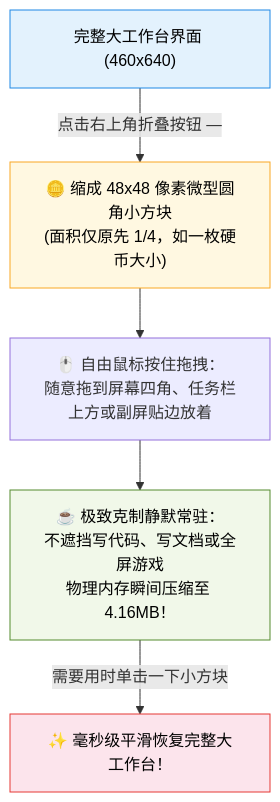
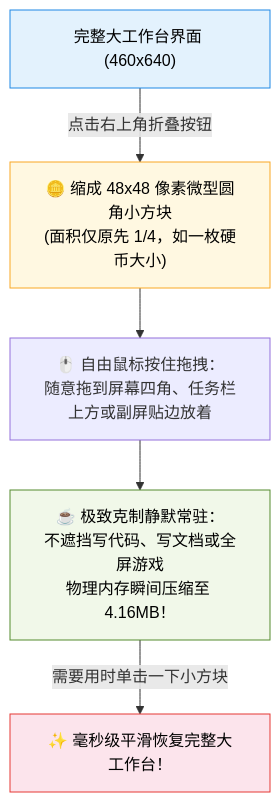
The seventh of 7 diagrams in README.md (CatBoss-Paw/EasyClipboard), drawn with Mermaid before and after one commit. The commit also changed other lines of this file, not shown here.

Commit message:
fix(docs): 彻底修复所有Mermaid连线标签括号、破折号及多节点聚合语法，确保GitHub 100%正常渲染

````diff
--- a/README.md
+++ b/README.md
@@ -272,14 +279,14 @@
 ```mermaid
 graph TD
-    FULL_WIN["完整大工作台界面 (460x640)"] -->|点击右上角折叠按钮 —| COLLAPSE["🪙 缩成 48x48 像素微型圆角小方块<br/>(面积仅原先 1/4，如一枚硬币大小)"]
+    FULL_WIN["完整大工作台界面 (460x640)"] -->|点击右上角折叠按钮| COLLAPSE["🪙 缩成 48x48 像素微型圆角小方块<br/>(面积仅原先 1/4，如一枚硬币大小)"]
 
     COLLAPSE --> MOVE["🖱️ 自由鼠标按住拖拽：<br/>随意拖到屏幕四角、任务栏上方或副屏贴边放着"]
     MOVE --> IDLE["☕ 极致克制静默常驻：<br/>不遮挡写代码、写文档或全屏游戏<br/>物理内存瞬间压缩至 4.16MB！"]
 
     IDLE -->|需要用时单击一下小方块| EXPAND["✨ 毫秒级平滑恢复完整大工作台！"]
 
     style FULL_WIN fill:#e3f2fd,stroke:#1e88e5,color:#000
     style COLLAPSE fill:#fff8e1,stroke:#f9a825,color:#000
     style IDLE fill:#f1f8e9,stroke:#558b2f,color:#000
     style EXPAND fill:#fce4ec,stroke:#e53935,color:#000
 ```
````
